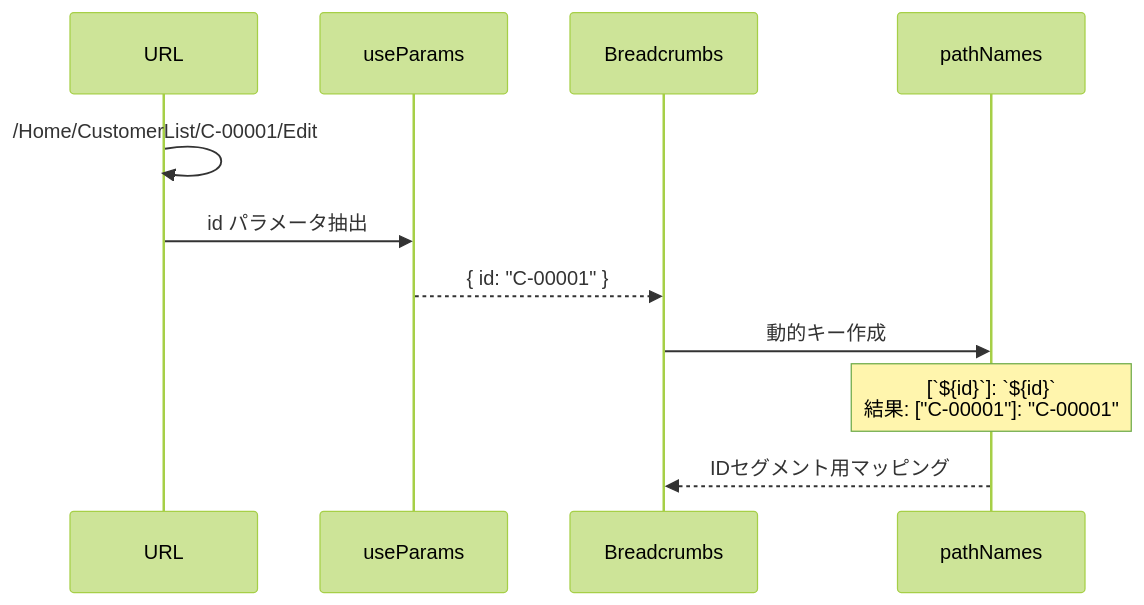
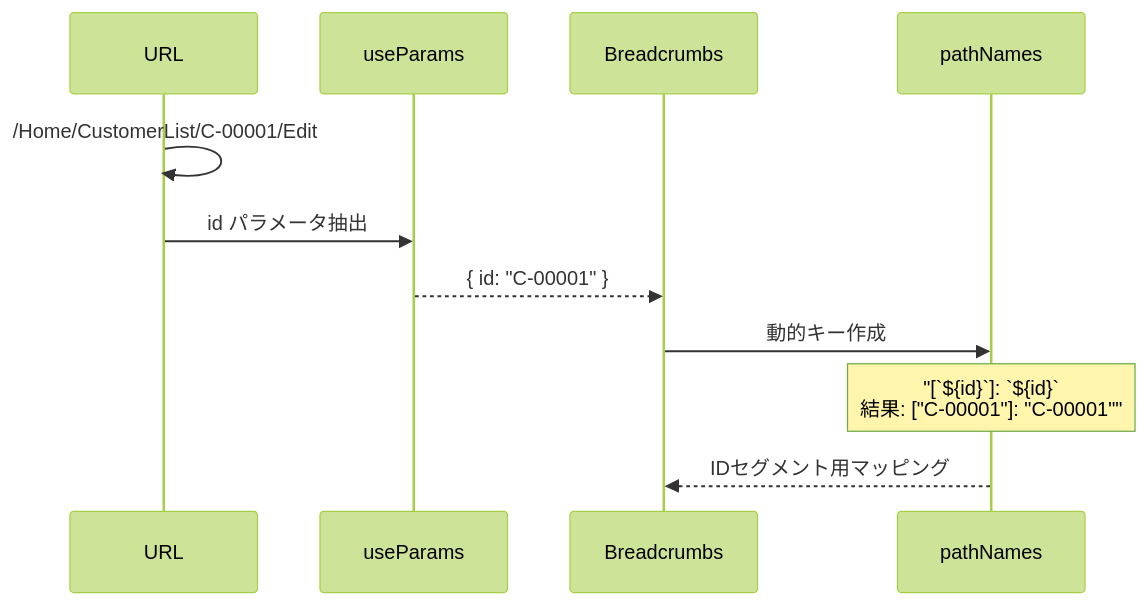
The sixth of 9 diagrams in document/components/sequence/Breadcrumbs.md (wasabi49/ocs-systemDevelopmentExercises), drawn with Mermaid (forest theme) before and after one commit. The commit also changed other lines of this file and 42 other files, not shown here.

First line of the commit message:
fix: mermaidシーケンス図のNote over文でダブルクォーテーション不足を修正

````diff
--- a/document/components/sequence/Breadcrumbs.md
+++ b/document/components/sequence/Breadcrumbs.md
@@ -116,16 +116,16 @@
 ```mermaid
 sequenceDiagram
     participant URL as URL
     participant Params as useParams
     participant Breadcrumbs as Breadcrumbs
     participant PathNames as pathNames
 
     URL->>URL: /Home/CustomerList/C-00001/Edit
     URL->>Params: id パラメータ抽出
     Params-->>Breadcrumbs: { id: "C-00001" }
     
     Breadcrumbs->>PathNames: 動的キー作成
-    Note over PathNames: [`${id}`]: `${id}`<br/>結果: ["C-00001"]: "C-00001"
+    Note over PathNames: "[`${id}`]: `${id}`<br/>結果: ["C-00001"]: "C-00001""
     
     PathNames-->>Breadcrumbs: IDセグメント用マッピング
 ```
````
